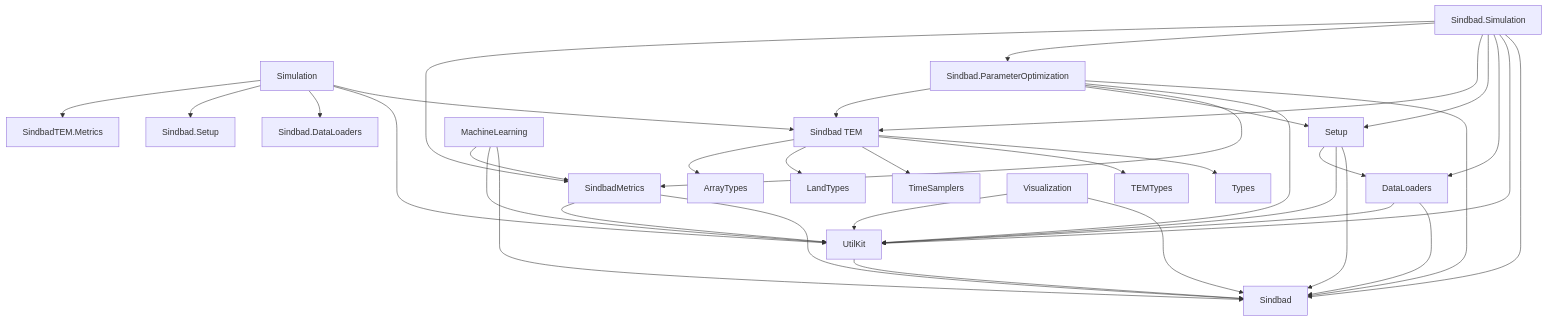
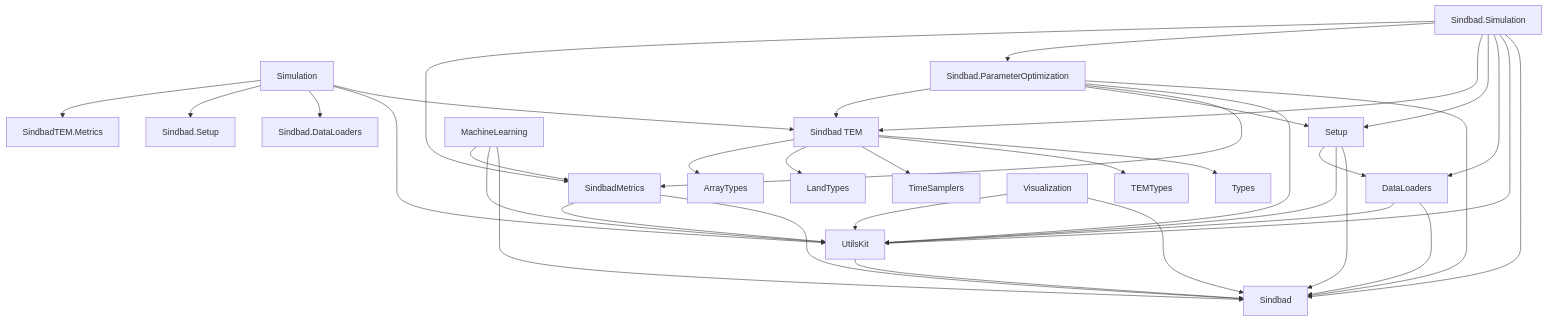
One commit to LandEcosystems/Sindbad changed the diagram in docs/src/pages/code/overview.md. Above: the diagram before and after it, drawn with Mermaid. The commit also changed other lines of this file and 31 other files, not shown here.

````diff
--- a/docs/src/pages/code/overview.md
+++ b/docs/src/pages/code/overview.md
@@ -70,50 +70,50 @@
 ```mermaid
 graph TD
     %% Main Sindbad package
     SindbadTEM[Sindbad TEM] --> Types[Types]
     
     %% Core dependencies
     SindbadTEM --> TEMTypes[TEMTypes]
     SindbadTEM --> TimeSamplers[TimeSamplers]
     SindbadTEM --> LandTypes[LandTypes]
     SindbadTEM --> ArrayTypes[ArrayTypes]
     
     %% Lib packages
-    UtilKit[UtilKit] --> Sindbad
+    UtilsKit[UtilsKit] --> Sindbad
     DataLoaders[DataLoaders] --> Sindbad
-    DataLoaders --> UtilKit
+    DataLoaders --> UtilsKit
     
     Setup[Setup] --> Sindbad
-    Setup --> UtilKit
+    Setup --> UtilsKit
     Setup --> DataLoaders
     
     SindbadMetrics[SindbadMetrics] --> Sindbad
-    SindbadMetrics --> UtilKit
+    SindbadMetrics --> UtilsKit
     
     Simulation[Simulation] --> SindbadTEM
-    Simulation --> UtilKit
+    Simulation --> UtilsKit
     Simulation --> Sindbad.DataLoaders
     Simulation --> Sindbad.Setup
     Simulation --> SindbadTEM.Metrics
     
     Sindbad.ParameterOptimization[Sindbad.ParameterOptimization] --> Sindbad
-    Sindbad.ParameterOptimization --> UtilKit
+    Sindbad.ParameterOptimization --> UtilsKit
     Sindbad.ParameterOptimization --> SindbadMetrics
     Sindbad.ParameterOptimization --> Setup
     Sindbad.ParameterOptimization --> SindbadTEM
     
     MachineLearning[MachineLearning] --> Sindbad
-    MachineLearning --> UtilKit
+    MachineLearning --> UtilsKit
     MachineLearning --> SindbadMetrics
     
     Visualization[Visualization] --> Sindbad
-    Visualization --> UtilKit
+    Visualization --> UtilsKit
     
     Sindbad.Simulation[Sindbad.Simulation] --> Sindbad
-    Sindbad.Simulation --> UtilKit
+    Sindbad.Simulation --> UtilsKit
     Sindbad.Simulation --> DataLoaders
     Sindbad.Simulation --> Setup
     Sindbad.Simulation --> SindbadTEM
     Sindbad.Simulation --> Sindbad.ParameterOptimization
     Sindbad.Simulation --> SindbadMetrics    
 ```
````
